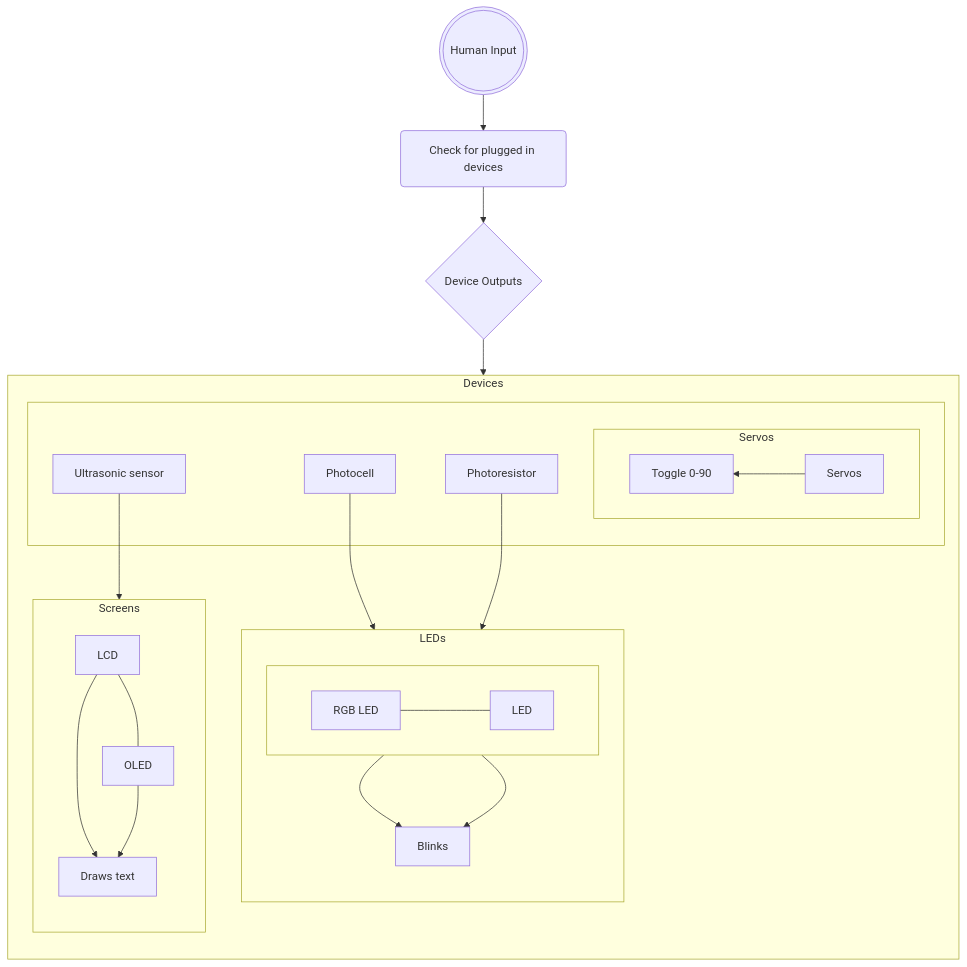
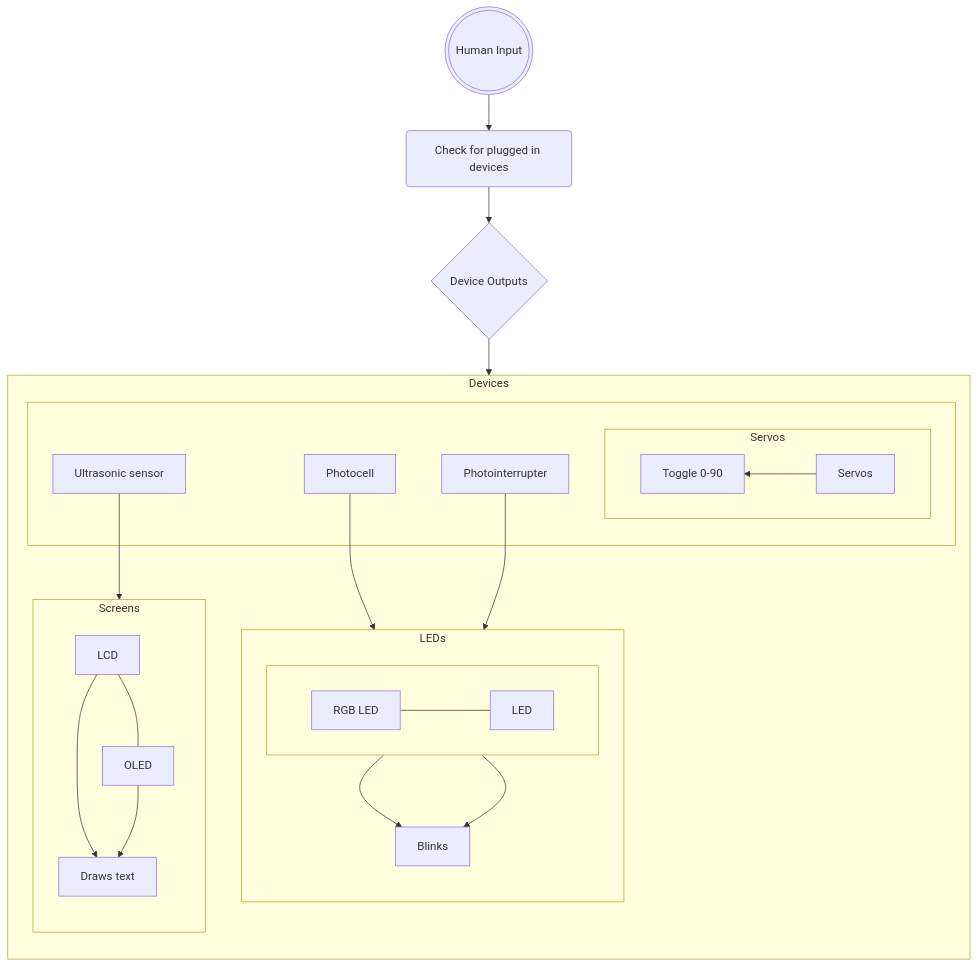
Before and after one commit to ezahid82/Engineering_F.e.R.a: the diagram in README.md, drawn with Mermaid.

Commit message:
Part clarification

````diff
--- a/README.md
+++ b/README.md
@@ -28,49 +28,49 @@
 ```mermaid
 flowchart TD
     A(((Human Input))) -->B(Check for plugged in devices)
     B --> C{Device Outputs}
     E[Servos]
     D[Toggle 0-90]
     F[LCD]
     G[Draws text]
     H[Ultrasonic sensor]
     J[LED]
     K[Blinks]
     L[Photocell]
     N[RGB LED] 
     O[OLED]
-    P[Photoresistor]
+    P[Photointerrupter]
     subgraph Devices
     direction TB
     subgraph  
     
     subgraph Servos
     direction RL
     E-->D
     end
     L
     P
     H
     end
     subgraph Screens
     direction TB
     F---O
     F-->G
     O-->G
     end
     H-->Screens
     subgraph LEDs
     direction TB
     subgraph  
     direction RL
     J---N
     end
     J-->K
     N-->K
     end
 
 end
 C-->Devices
 L-->LEDs
 P-->LEDs
 ```
````
